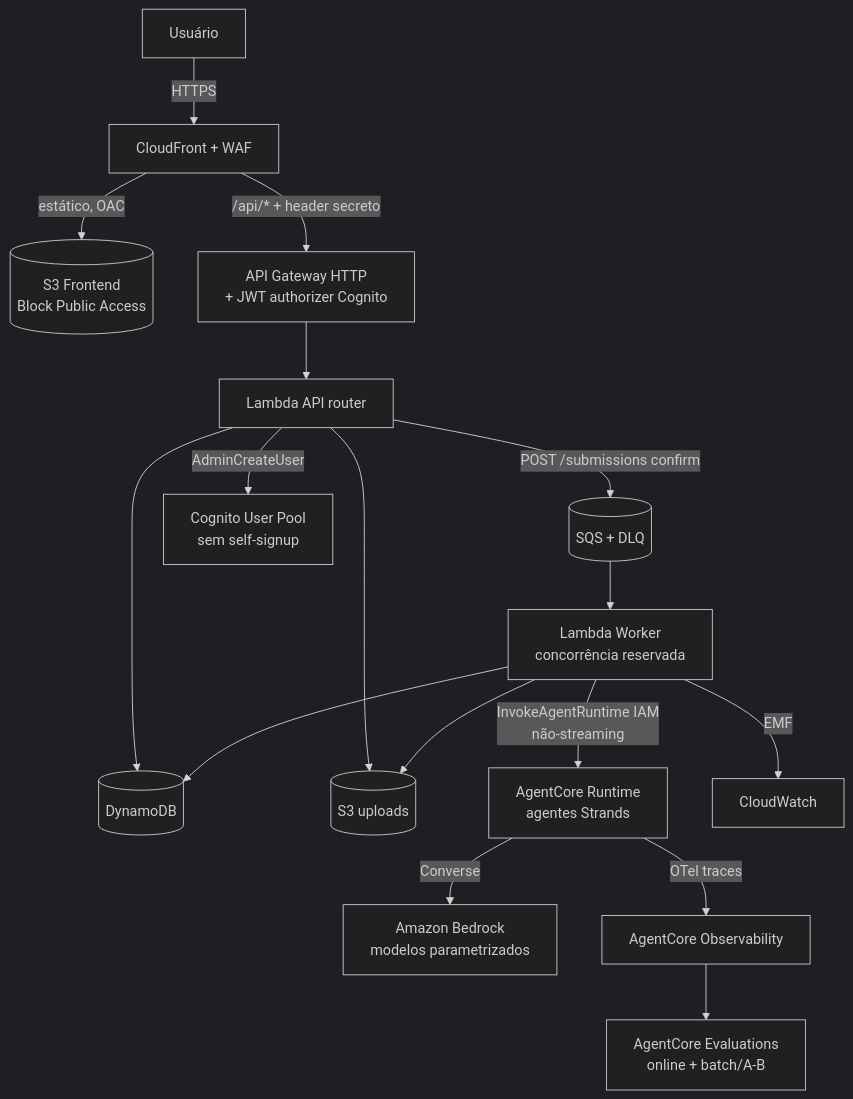
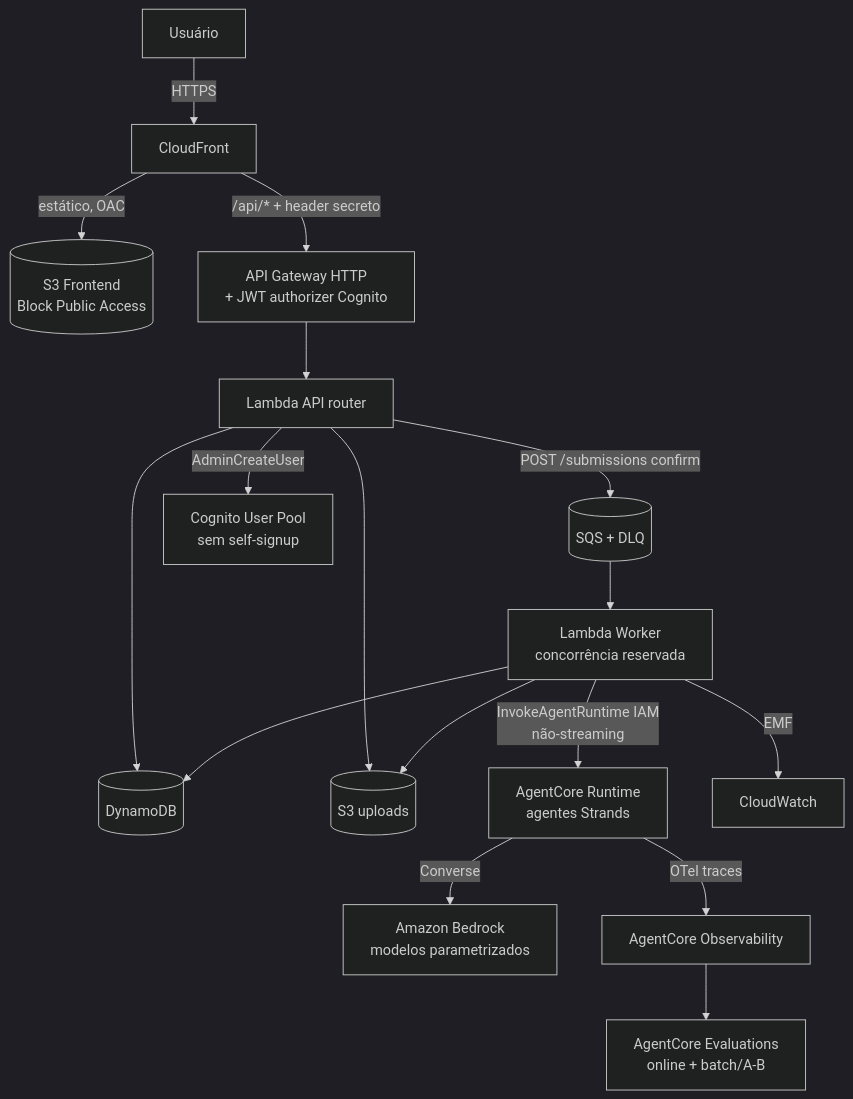
The diagram in .kiro/specs/exam-correction-v2/design.md (wembleycarvalho/exam-correction-v2), drawn with Mermaid (dark theme) before and after one commit. The commit also changed other lines of this file and 258 other files, not shown here.

````diff
--- a/.kiro/specs/exam-correction-v2/design.md
+++ b/.kiro/specs/exam-correction-v2/design.md
@@ -40,19 +40,19 @@
 ```mermaid
 flowchart TB
-    U[Usuário] -->|HTTPS| CF[CloudFront + WAF]
+    U[Usuário] -->|HTTPS| CF[CloudFront]
     CF -->|estático, OAC| S3FE[(S3 Frontend<br/>Block Public Access)]
     CF -->|/api/* + header secreto| API[API Gateway HTTP<br/>+ JWT authorizer Cognito]
     API --> APIFN[Lambda API router]
     APIFN --> DDB[(DynamoDB)]
     APIFN --> S3UP[(S3 uploads)]
     APIFN -->|POST /submissions confirm| SQS[(SQS + DLQ)]
     SQS --> WORK[Lambda Worker<br/>concorrência reservada]
     WORK --> DDB
     WORK --> S3UP
     WORK -->|InvokeAgentRuntime IAM<br/>não-streaming| RT[AgentCore Runtime<br/>agentes Strands]
     RT -->|Converse| BR[Amazon Bedrock<br/>modelos parametrizados]
     RT -->|OTel traces| OBS[AgentCore Observability]
     OBS --> EVAL[AgentCore Evaluations<br/>online + batch/A-B]
     WORK -->|EMF| CW[CloudWatch]
     APIFN -->|AdminCreateUser| COG[Cognito User Pool<br/>sem self-signup]
 ```
````
